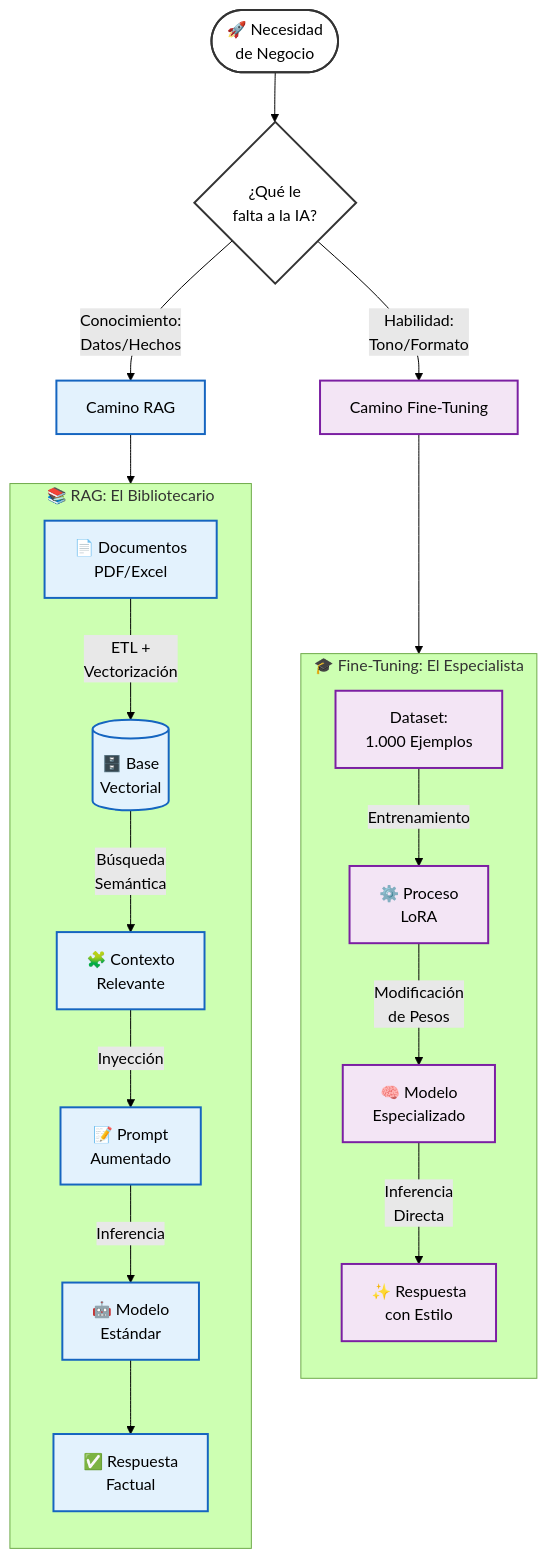
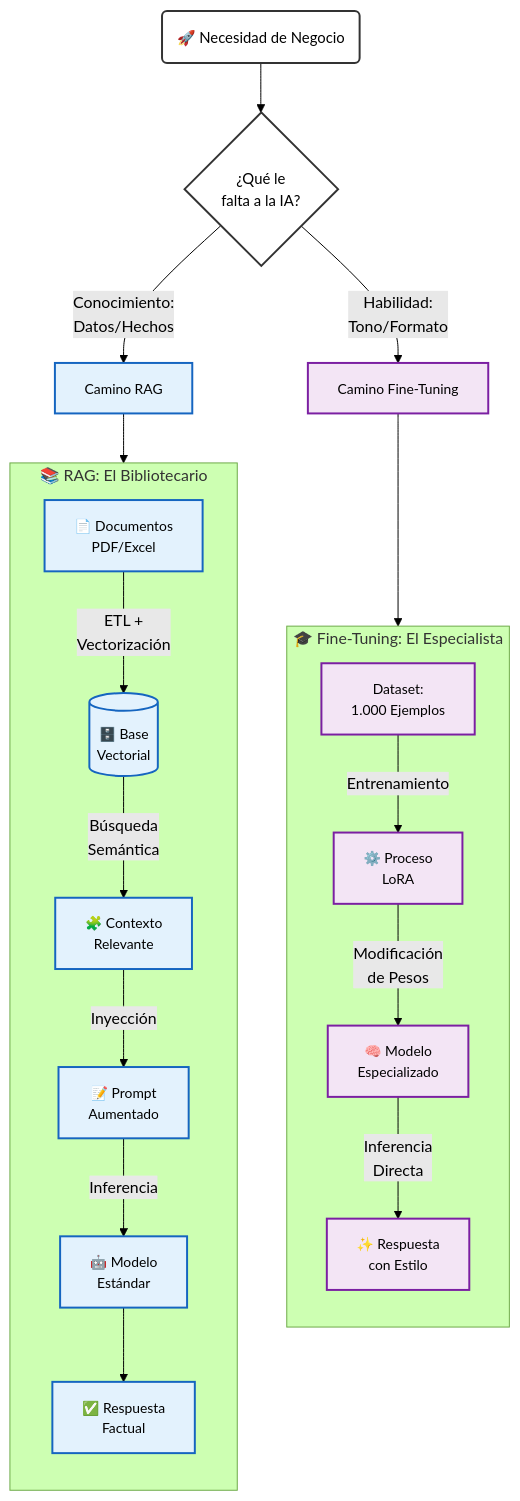
Before and after one commit to jccarvajal/Arquitectura-IA: the diagram in docs/guias/07-Fine-Tuning.md, drawn with Mermaid (forest theme).

````diff
--- a/docs/guias/07-Fine-Tuning.md
+++ b/docs/guias/07-Fine-Tuning.md
@@ -24,42 +24,42 @@
 ```mermaid
 graph TD
-    %% ESTILOS
-    classDef base fill:#ffffff,stroke:#333,stroke-width:2px,color:#000;
-    classDef blue fill:#e3f2fd,stroke:#1565c0,stroke-width:2px,color:#000;
-    classDef purple fill:#f3e5f5,stroke:#7b1fa2,stroke-width:2px,color:#000;
+    %% ESTILOS (Con ajuste de FUENTE y RELLENO)
+    classDef base fill:#ffffff,stroke:#333,stroke-width:2px,color:#000,font-size:15px;
+    classDef blue fill:#e3f2fd,stroke:#1565c0,stroke-width:2px,color:#000,font-size:14px;
+    classDef purple fill:#f3e5f5,stroke:#7b1fa2,stroke-width:2px,color:#000,font-size:14px;
 
-    %% 1. EL PROBLEMA (Texto Compactado)
-    Start([🚀 Necesidad<br/>de Negocio]) --> Decision{¿Qué le<br/>falta a la IA?}
+    %% 1. EL PROBLEMA (Usando paréntesis para bordes redondeados, no pastilla)
+    Start(🚀 Necesidad de Negocio) --> Decision{¿Qué le<br/>falta a la IA?}
     class Start,Decision base;
 
-    %% 2. RAMIFICACIÓN (Texto Compactado)
+    %% 2. RAMIFICACIÓN
     Decision -->|Conocimiento:<br/>Datos/Hechos| NodeRAG[Camino RAG]
     Decision -->|Habilidad:<br/>Tono/Formato| NodeFT[Camino Fine-Tuning]
     class NodeRAG blue;
     class NodeFT purple;
 
     %% 3. ARQUITECTURA RAG
     subgraph RAG_BOX [📚 RAG: El Bibliotecario]
         direction TB
         Doc[📄 Documentos<br/>PDF/Excel] -->|ETL +<br/>Vectorización| DB[(🗄️ Base<br/>Vectorial)]
         DB -->|Búsqueda<br/>Semántica| Context[🧩 Contexto<br/>Relevante]
         Context -->|Inyección| Prompt[📝 Prompt<br/>Aumentado]
         Prompt -->|Inferencia| Model1[🤖 Modelo<br/>Estándar]
         Model1 --> Res1[✅ Respuesta<br/>Factual]
     end
 
     %% 4. ARQUITECTURA FINE-TUNING
     subgraph FT_BOX [🎓 Fine-Tuning: El Especialista]
         direction TB
         Data[Dataset:<br/>1.000 Ejemplos] -->|Entrenamiento| Train[⚙️ Proceso<br/>LoRA]
         Train -->|Modificación<br/>de Pesos| Model2[🧠 Modelo<br/>Especializado]
         Model2 -->|Inferencia<br/>Directa| Res2[✨ Respuesta<br/>con Estilo]
     end
 
     %% CONEXIONES
     NodeRAG --> RAG_BOX
     NodeFT --> FT_BOX
 
     class Doc,DB,Context,Prompt,Model1,Res1 blue;
     class Data,Train,Model2,Res2 purple;
 ```
````
